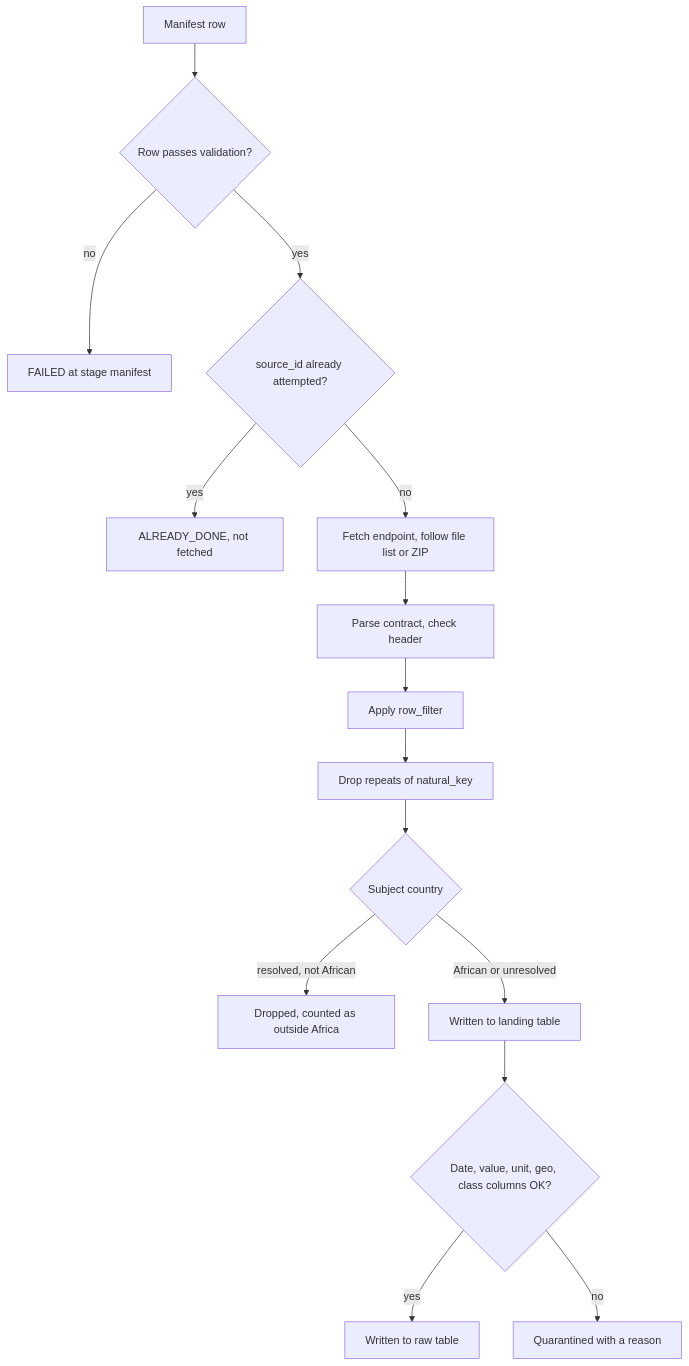
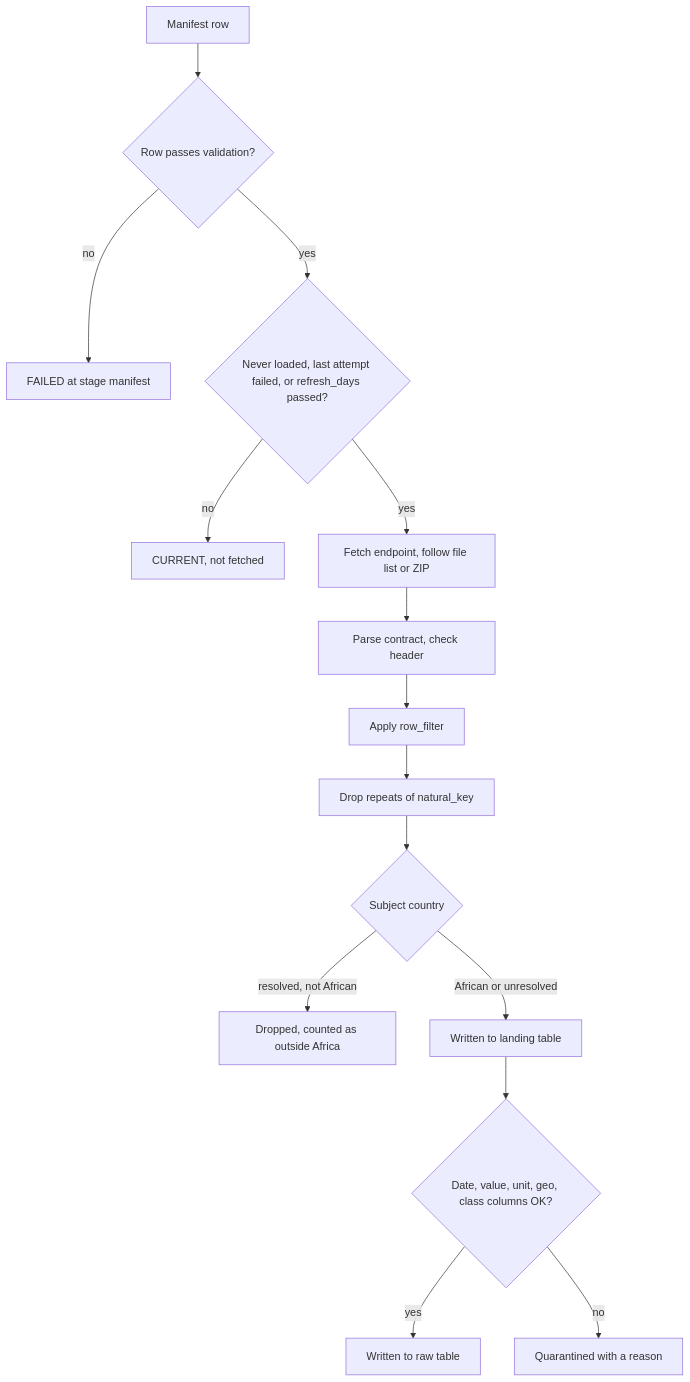
The diagram in data-eng/ingestion_engine/MANIFEST.md (chidiebereopentrace/data-team), drawn with Mermaid before and after one commit. The commit also changed other lines of this file and 24 other files, not shown here.

````diff
--- a/data-eng/ingestion_engine/MANIFEST.md
+++ b/data-eng/ingestion_engine/MANIFEST.md
@@ -32,17 +32,17 @@
 ```mermaid
 flowchart TD
     row[Manifest row] --> validate{Row passes validation?}
     validate -->|no| failManifest["FAILED at stage manifest"]
-    validate -->|yes| done{source_id already attempted?}
-    done -->|yes| skipDone["ALREADY_DONE, not fetched"]
-    done -->|no| fetch["Fetch endpoint, follow file list or ZIP"]
+    validate -->|yes| due{"Never loaded, last attempt failed, or refresh_days passed?"}
+    due -->|no| current["CURRENT, not fetched"]
+    due -->|yes| fetch["Fetch endpoint, follow file list or ZIP"]
     fetch --> parse["Parse contract, check header"]
     parse --> filter["Apply row_filter"]
     filter --> dedupe["Drop repeats of natural_key"]
     dedupe --> country{Subject country}
     country -->|"resolved, not African"| outside["Dropped, counted as outside Africa"]
     country -->|"African or unresolved"| landing["Written to landing table"]
     landing --> checks{"Date, value, unit, geo, class columns OK?"}
     checks -->|yes| raw["Written to raw table"]
     checks -->|no| quarantine["Quarantined with a reason"]
 ```
````
